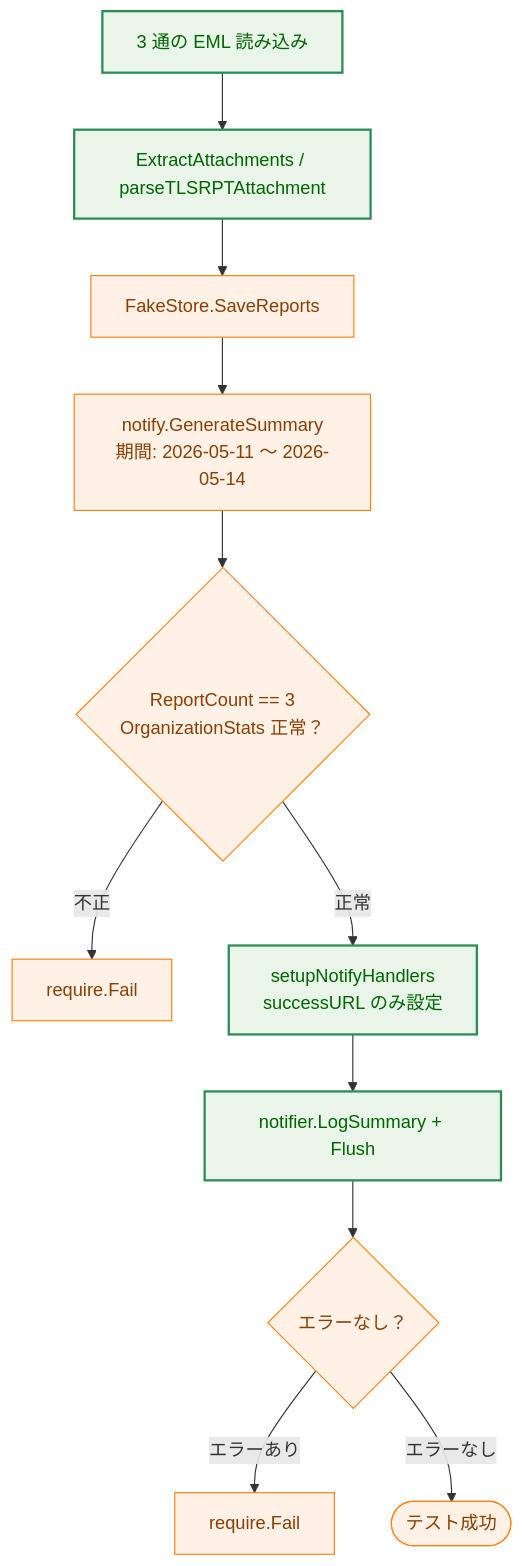
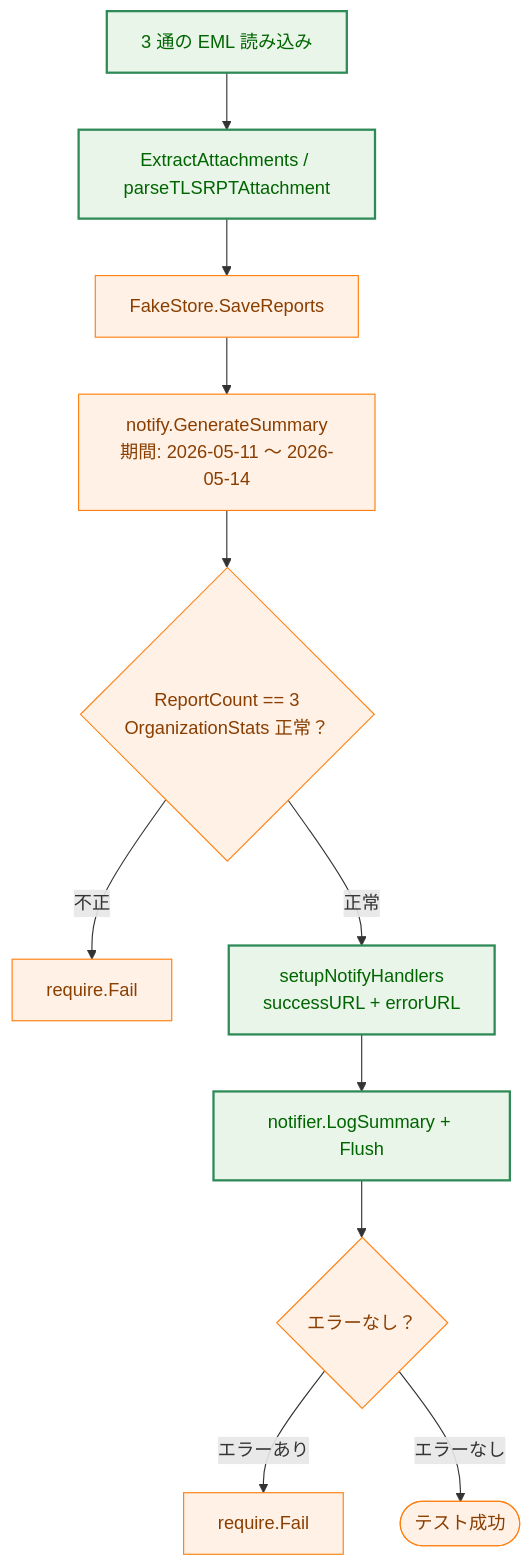
Before and after one commit to isseis/tlsrpt-digest: the sixth of 6 diagrams in docs/tasks/0102_slack_summary_integration/02_architecture.md, drawn with Mermaid. The commit also changed other lines of this file and 1 other file, not shown here.

````diff
--- a/docs/tasks/0102_slack_summary_integration/02_architecture.md
+++ b/docs/tasks/0102_slack_summary_integration/02_architecture.md
@@ -293,28 +294,28 @@
 ```mermaid
 flowchart TD
     classDef process fill:#fff1e6,stroke:#ff7f0e,stroke-width:1px,color:#8a3e00;
     classDef enhanced fill:#e8f5e8,stroke:#2e8b57,stroke-width:2px,color:#006400;
     classDef data fill:#e6f7ff,stroke:#1f77b4,stroke-width:1px,color:#0b3d91;
 
     A["3 通の EML 読み込み"]
     B["ExtractAttachments / parseTLSRPTAttachment"]
     C["FakeStore.SaveReports"]
     D["notify.GenerateSummary<br>期間: 2026-05-11 ～ 2026-05-14"]
     E{"ReportCount == 3<br>OrganizationStats 正常？"}
     F["require.Fail"]
-    G["setupNotifyHandlers<br>successURL のみ設定"]
+    G["setupNotifyHandlers<br>successURL + errorURL"]
     H["notifier.LogSummary + Flush"]
     I{"エラーなし？"}
     J["require.Fail"]
     K(["テスト成功"])
 
     A --> B --> C --> D --> E
     E -->|"不正"| F
     E -->|"正常"| G --> H --> I
     I -->|"エラーあり"| J
     I -->|"エラーなし"| K
 
     class A,B,G,H enhanced
     class C,D process
     class E,I,F,J,K process
 ```
````
